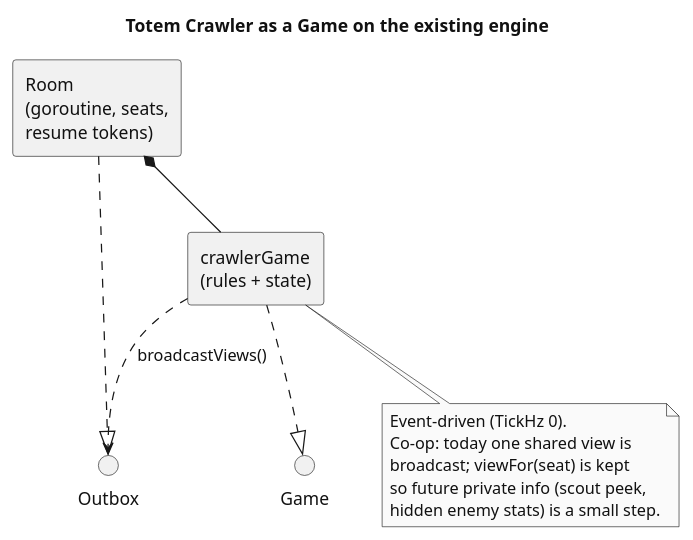
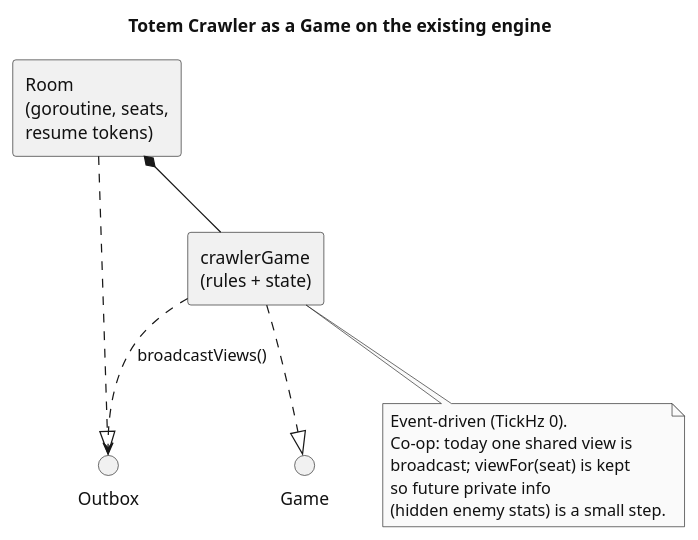
The first of 5 diagrams in docs/crawler-architecture.md (Niklasvdm/TotemAppIT), drawn with PlantUML before and after one commit. The commit also changed other lines of this file and 13 other files, not shown here.

````diff
--- a/docs/crawler-architecture.md
+++ b/docs/crawler-architecture.md
@@ -53,23 +52,23 @@
 ```plantuml
 @startuml crawler-engine-fit
 title Totem Crawler as a Game on the existing engine
 skinparam shadowing false
 skinparam backgroundColor #FFFFFF
 skinparam monochrome true
 skinparam defaultFontColor #111111
 skinparam componentStyle rectangle
 
 interface Game
 interface Outbox
 
 [Room\n(goroutine, seats,\nresume tokens)] as Room
 [crawlerGame\n(rules + state)] as CG
 
 Room ..|> Outbox
 Room *-- CG
 CG ..|> Game
 CG ..> Outbox : broadcastViews()
 
-note bottom of CG : Event-driven (TickHz 0).\nCo-op: today one shared view is\nbroadcast; viewFor(seat) is kept\nso future private info (scout peek,\nhidden enemy stats) is a small step.
+note bottom of CG : Event-driven (TickHz 0).\nCo-op: today one shared view is\nbroadcast; viewFor(seat) is kept\nso future private info\n(hidden enemy stats) is a small step.
 @enduml
 ```
````
